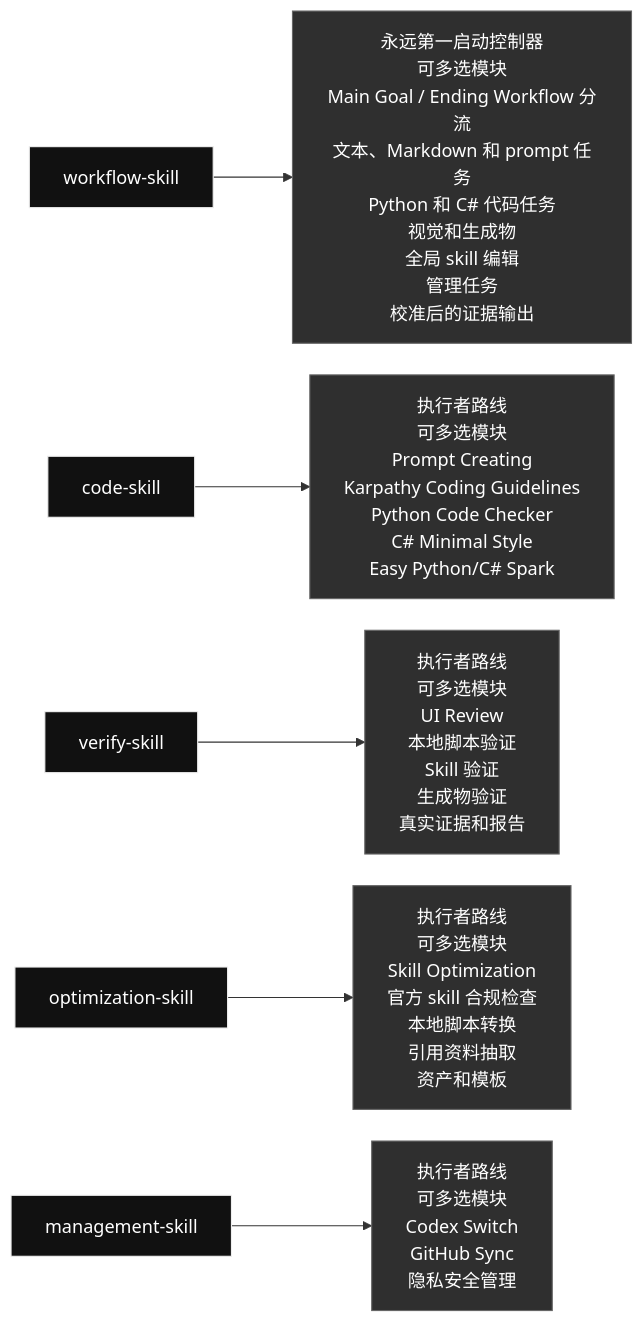
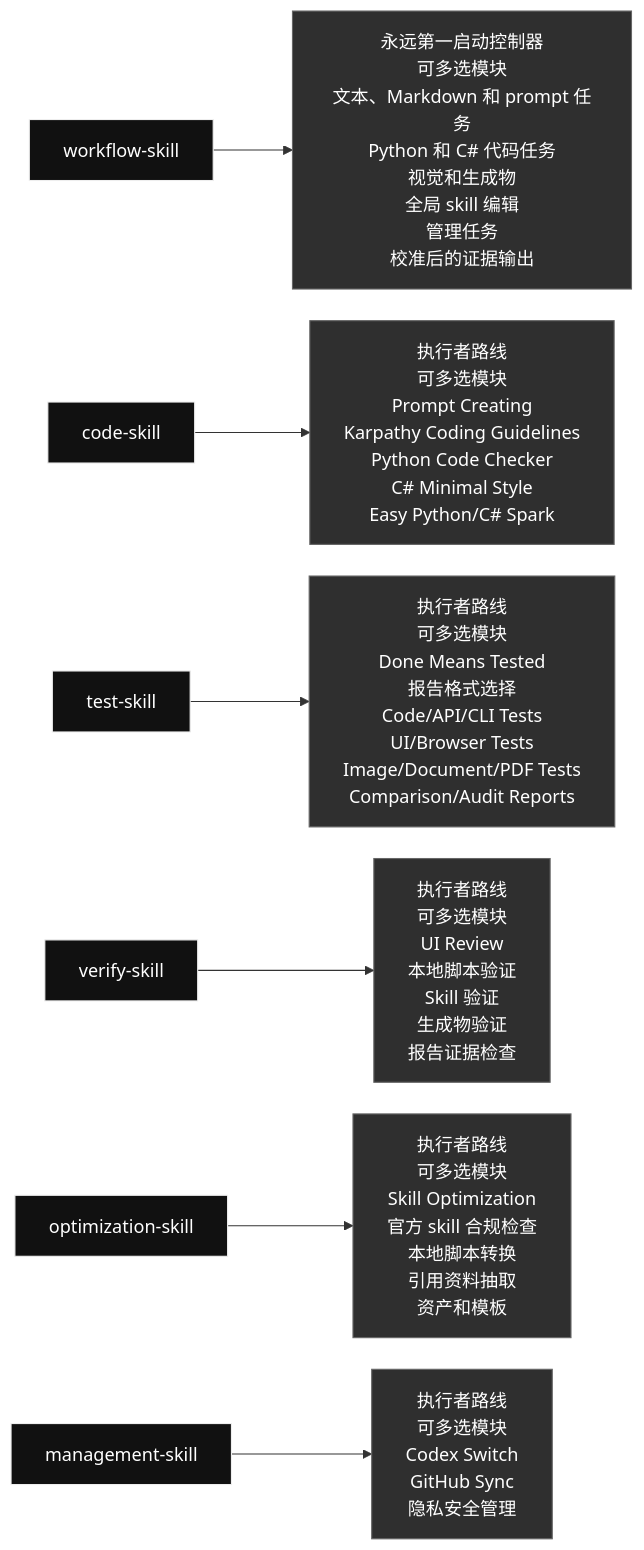
One commit to qinbatista/qin-codex-skills changed the diagram in README.zh.md. Above: the diagram before and after it, drawn with Mermaid. The commit also changed other lines of this file and 30 other files, not shown here.

````diff
--- a/README.zh.md
+++ b/README.zh.md
@@ -7,13 +7,14 @@
 ```mermaid
 %%{init: {"flowchart": {"nodeSpacing": 28, "rankSpacing": 54, "wrappingWidth": 240}}}%%
 flowchart LR
-  skill_workflow_skill["workflow-skill"] --> inside_workflow_skill["永远第一启动控制器<br/>可多选模块<br/>Main Goal / Ending Workflow 分流<br/>文本、Markdown 和 prompt 任务<br/>Python 和 C# 代码任务<br/>视觉和生成物<br/>全局 skill 编辑<br/>管理任务<br/>校准后的证据输出"]
+  skill_workflow_skill["workflow-skill"] --> inside_workflow_skill["永远第一启动控制器<br/>可多选模块<br/>文本、Markdown 和 prompt 任务<br/>Python 和 C# 代码任务<br/>视觉和生成物<br/>全局 skill 编辑<br/>管理任务<br/>校准后的证据输出"]
   skill_code_skill["code-skill"] --> inside_code_skill["执行者路线<br/>可多选模块<br/>Prompt Creating<br/>Karpathy Coding Guidelines<br/>Python Code Checker<br/>C# Minimal Style<br/>Easy Python/C# Spark"]
-  skill_verify_skill["verify-skill"] --> inside_verify_skill["执行者路线<br/>可多选模块<br/>UI Review<br/>本地脚本验证<br/>Skill 验证<br/>生成物验证<br/>真实证据和报告"]
+  skill_test_skill["test-skill"] --> inside_test_skill["执行者路线<br/>可多选模块<br/>Done Means Tested<br/>报告格式选择<br/>Code/API/CLI Tests<br/>UI/Browser Tests<br/>Image/Document/PDF Tests<br/>Comparison/Audit Reports"]
+  skill_verify_skill["verify-skill"] --> inside_verify_skill["执行者路线<br/>可多选模块<br/>UI Review<br/>本地脚本验证<br/>Skill 验证<br/>生成物验证<br/>报告证据检查"]
   skill_optimization_skill["optimization-skill"] --> inside_optimization_skill["执行者路线<br/>可多选模块<br/>Skill Optimization<br/>官方 skill 合规检查<br/>本地脚本转换<br/>引用资料抽取<br/>资产和模板"]
   skill_management_skill["management-skill"] --> inside_management_skill["执行者路线<br/>可多选模块<br/>Codex Switch<br/>GitHub Sync<br/>隐私安全管理"]
   classDef skill fill:#111,color:#fff,stroke:#eee;
   classDef content fill:#2f2f2f,color:#fff,stroke:#666;
-  class skill_workflow_skill,skill_code_skill,skill_verify_skill,skill_optimization_skill,skill_management_skill skill;
-  class inside_workflow_skill,inside_code_skill,inside_verify_skill,inside_optimization_skill,inside_management_skill content;
+  class skill_workflow_skill,skill_code_skill,skill_test_skill,skill_verify_skill,skill_optimization_skill,skill_management_skill skill;
+  class inside_workflow_skill,inside_code_skill,inside_test_skill,inside_verify_skill,inside_optimization_skill,inside_management_skill content;
 ```
````
